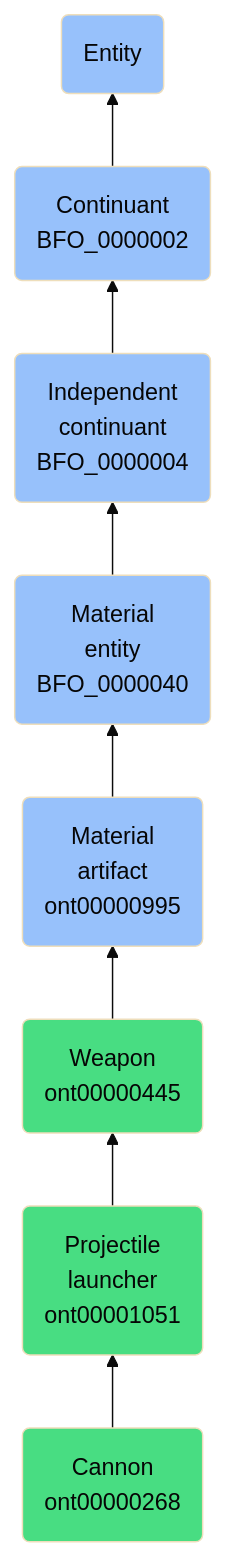
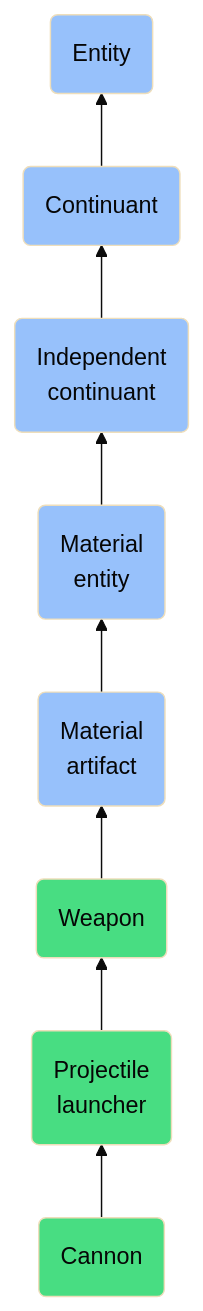
One commit to jupyter-naas/abi changed the diagram in docs/ontology/reference/model/Entity/Continuant/Independent continuant/Material entity/Material artifact/Weapon/Projectile launcher/Cannon/Cannon.md. Above: the diagram before and after it, drawn with Mermaid (base theme). The commit also changed other lines of this file and 1430 other files, not shown here.

````diff
--- a/docs/ontology/reference/model/Entity/Continuant/Independent continuant/Material entity/Material artifact/Weapon/Projectile launcher/Cannon/Cannon.md
+++ b/docs/ontology/reference/model/Entity/Continuant/Independent continuant/Material entity/Material artifact/Weapon/Projectile launcher/Cannon/Cannon.md
@@ -24,15 +24,15 @@
 ```mermaid
 graph BT
-    ont00000268(Cannon<br>ont00000268):::ABI-->ont00001051
-    ont00001051(Projectile<br>launcher<br>ont00001051):::ABI-->ont00000445
-    ont00000445(Weapon<br>ont00000445):::ABI-->ont00000995
-    ont00000995(Material<br>artifact<br>ont00000995):::BFO-->BFO_0000040
-    BFO_0000040(Material<br>entity<br>BFO_0000040):::BFO-->BFO_0000004
-    BFO_0000004(Independent<br>continuant<br>BFO_0000004):::BFO-->BFO_0000002
-    BFO_0000002(Continuant<br>BFO_0000002):::BFO-->BFO_0000001
+    ont00000268(Cannon):::ABI-->ont00001051
+    ont00001051(Projectile<br>launcher):::ABI-->ont00000445
+    ont00000445(Weapon):::ABI-->ont00000995
+    ont00000995(Material<br>artifact):::BFO-->BFO_0000040
+    BFO_0000040(Material<br>entity):::BFO-->BFO_0000004
+    BFO_0000004(Independent<br>continuant):::BFO-->BFO_0000002
+    BFO_0000002(Continuant):::BFO-->BFO_0000001
     BFO_0000001(Entity):::BFO
     
     classDef BFO fill:#97c1fb,color:#060606
     classDef CCO fill:#e4c51e,color:#060606
     classDef ABI fill:#48DD82,color:#060606
 ```
````
